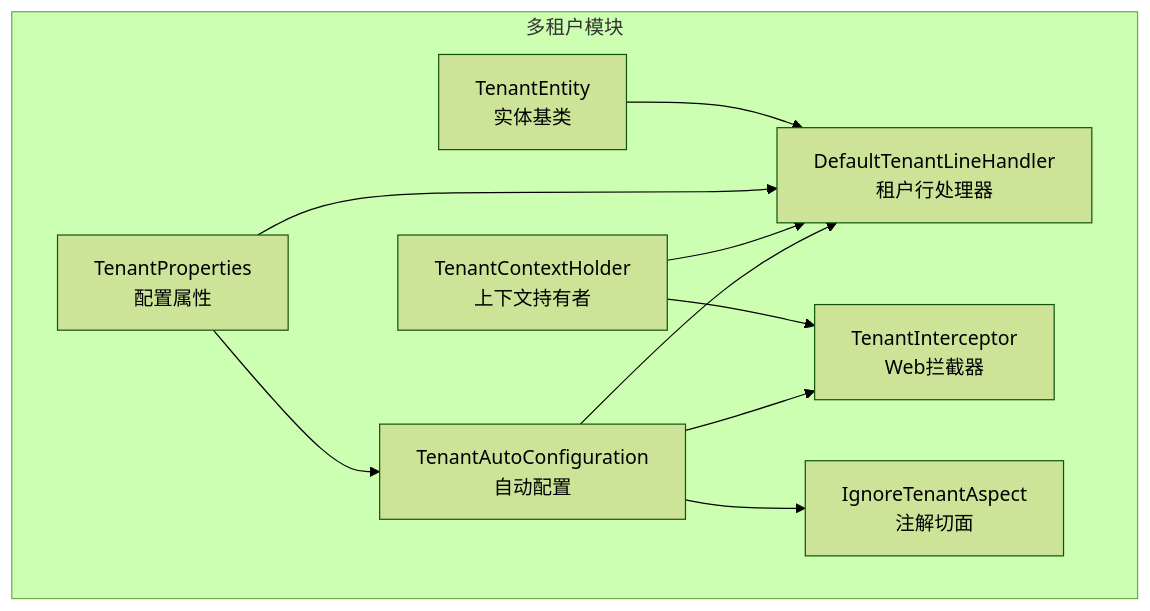
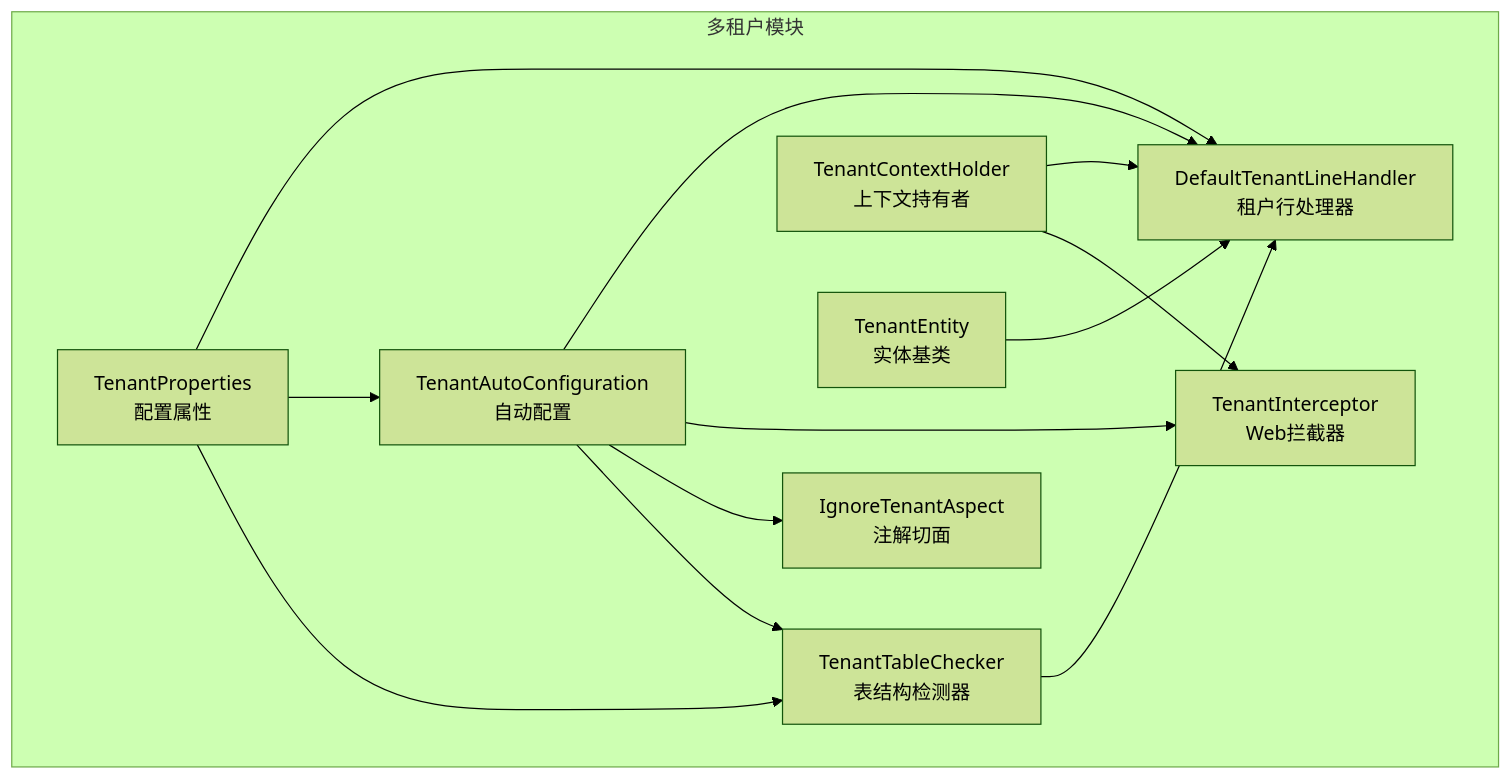
Before and after one commit to yaomindong1996/forge-admin: the first of 8 diagrams in .qoder/repowiki/zh/content/核心功能模块/多租户管理/多租户管理.md, drawn with Mermaid (forest theme). The commit also changed other lines of this file and 37 other files, not shown here.

````diff
--- a/.qoder/repowiki/zh/content/核心功能模块/多租户管理/多租户管理.md
+++ b/.qoder/repowiki/zh/content/核心功能模块/多租户管理/多租户管理.md
@@ -40,13 +49,16 @@
 ```mermaid
 graph TB
 subgraph "多租户模块"
 A["TenantAutoConfiguration<br/>自动配置"] --> B["DefaultTenantLineHandler<br/>租户行处理器"]
 A --> C["TenantInterceptor<br/>Web拦截器"]
 A --> D["IgnoreTenantAspect<br/>注解切面"]
+A --> TC["TenantTableChecker<br/>表结构检测器"]
 E["TenantContextHolder<br/>上下文持有者"] --> B
 E --> C
 F["TenantProperties<br/>配置属性"] --> B
 F --> A
+F --> TC
 G["TenantEntity<br/>实体基类"] --> B
+TC --> B
 end
 ```
````
